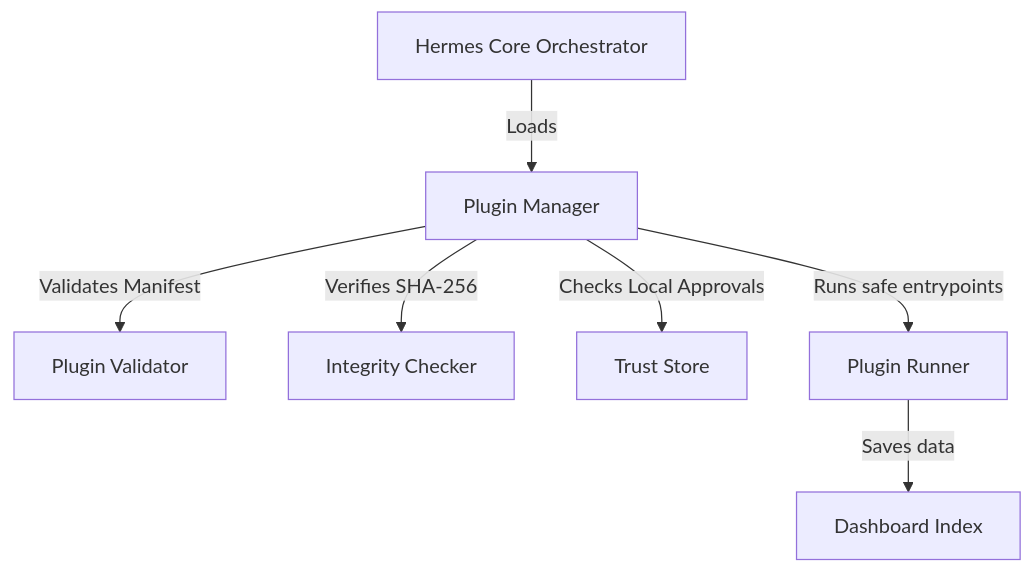
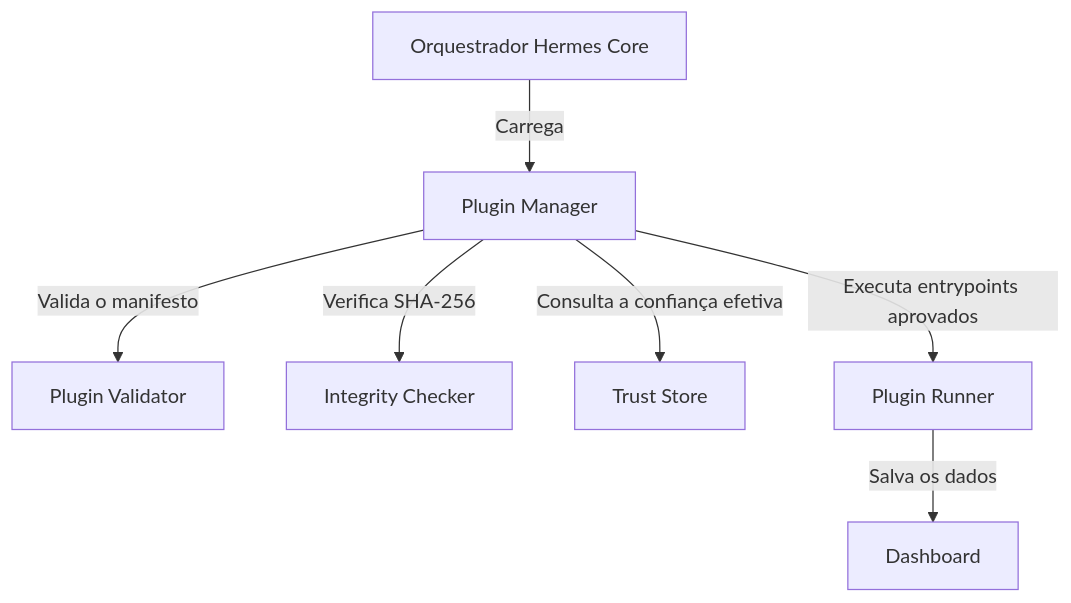
One commit to schaedler6/hermes-agent-hub changed the diagram in README.pt-BR.md. Above: the diagram before and after it, drawn with Mermaid. The commit also changed other lines of this file, not shown here.

````diff
--- a/README.pt-BR.md
+++ b/README.pt-BR.md
@@ -45,9 +60,9 @@
 ```mermaid
 graph TD
-    Core[Hermes Core Orchestrator] -->|Loads| PM[Plugin Manager]
-    PM -->|Validates Manifest| PV[Plugin Validator]
-    PM -->|Verifies SHA-256| PI[Integrity Checker]
-    PM -->|Checks Local Approvals| TC[Trust Store]
-    PM -->|Runs safe entrypoints| PR[Plugin Runner]
-    PR -->|Saves data| DB[Dashboard Index]
+    Core[Orquestrador Hermes Core] -->|Carrega| PM[Plugin Manager]
+    PM -->|Valida o manifesto| PV[Plugin Validator]
+    PM -->|Verifica SHA-256| PI[Integrity Checker]
+    PM -->|Consulta a confiança efetiva| TC[Trust Store]
+    PM -->|Executa entrypoints aprovados| PR[Plugin Runner]
+    PR -->|Salva os dados| DB[Dashboard]
 ```
````
